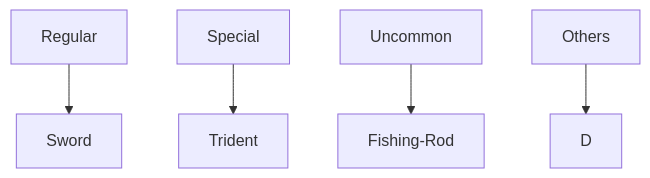
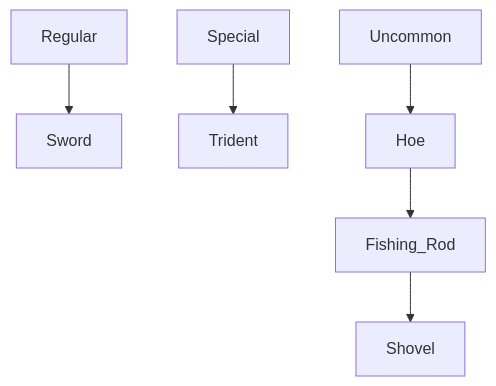
Before and after one commit to ColziandKing/RSCUniverse: the diagram in Production☪️.md, drawn with Mermaid. The commit also changed other lines of this file, not shown here.

````diff
--- a/Production☪️.md
+++ b/Production☪️.md
@@ -17,7 +17,8 @@
 ```mermaid
 graph TD;
     Regular-->Sword;
     Special-->Trident;
-    Uncommon-->Fishing-Rod;
-    Others-->D;
+    Uncommon-->Hoe;
+    Hoe-->Fishing_Rod;
+    Fishing_Rod-->Shovel;
 ```
````
